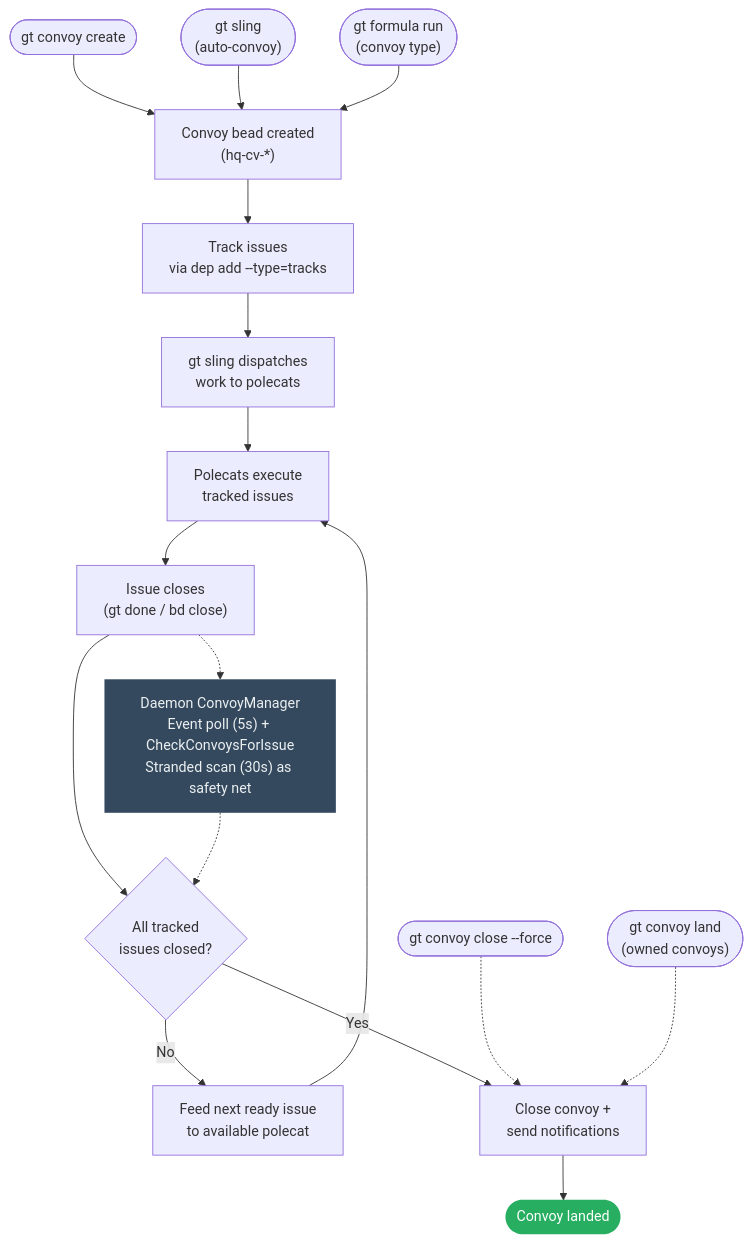
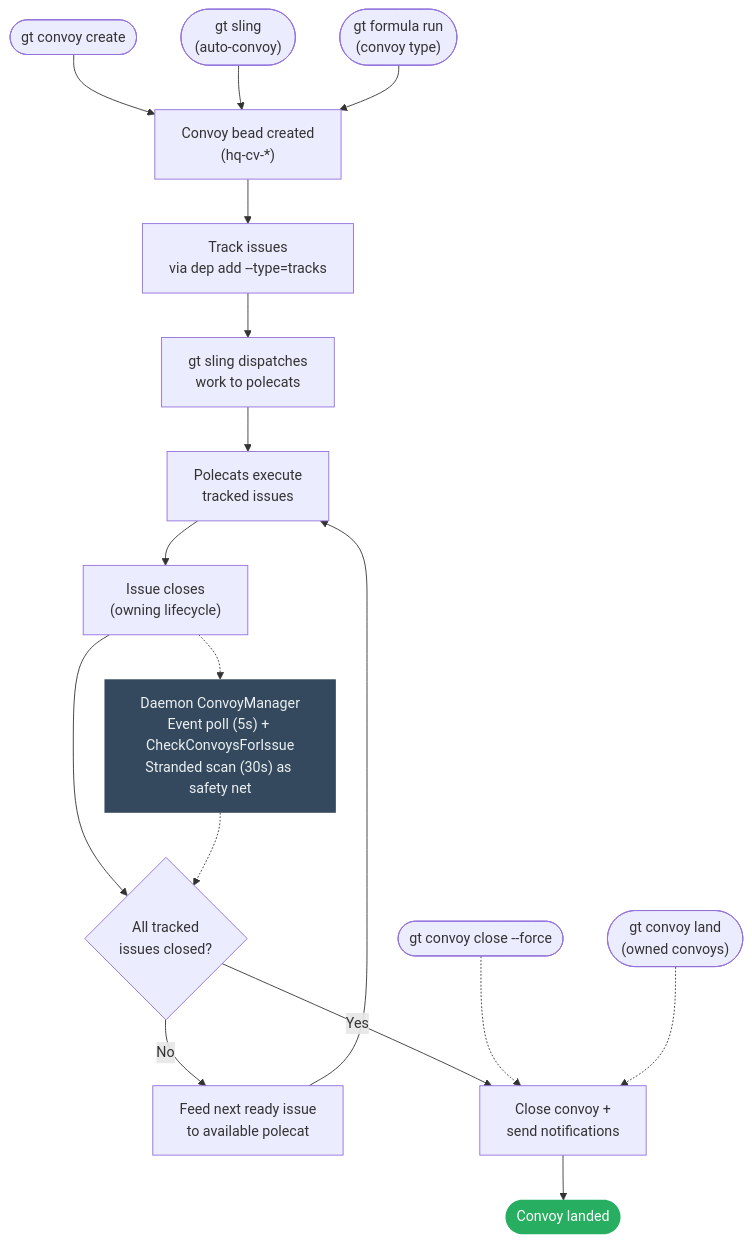
One commit to gastownhall/gastown changed the first of 2 diagrams in docs/design/convoy/convoy-lifecycle.md. Above: the diagram before and after it, drawn with Mermaid. The commit also changed other lines of this file and 8 other files, not shown here.

````diff
--- a/docs/design/convoy/convoy-lifecycle.md
+++ b/docs/design/convoy/convoy-lifecycle.md
@@ -7,43 +7,43 @@
 ```mermaid
 flowchart TB
     %% ---- Creation ----
     create_manual(["gt convoy create"])
     create_sling(["gt sling<br/>(auto-convoy)"])
     create_formula(["gt formula run<br/>(convoy type)"])
 
     create_manual --> convoy["Convoy bead created<br/>(hq-cv-*)"]
     create_sling --> convoy
     create_formula --> convoy
 
     convoy --> track["Track issues<br/>via dep add --type=tracks"]
 
     %% ---- Dispatch ----
     track --> dispatch["gt sling dispatches<br/>work to polecats"]
     dispatch --> working["Polecats execute<br/>tracked issues"]
 
     %% ---- Completion detection ----
-    working --> issue_close["Issue closes<br/>(gt done / bd close)"]
+    working --> issue_close["Issue closes<br/>(owning lifecycle)"]
 
     issue_close --> check{"All tracked<br/>issues closed?"}
 
     check -->|No| feed["Feed next ready issue<br/>to available polecat"]
     feed --> working
 
     check -->|Yes| close["Close convoy +<br/>send notifications"]
     close --> done(["Convoy landed"])
 
     %% ---- Daemon observer (event-driven + stranded scan) ----
     issue_close -.-> obs_daemon["Daemon ConvoyManager<br/>Event poll (5s) + CheckConvoysForIssue<br/>Stranded scan (30s) as safety net"]
 
     obs_daemon -.-> check
 
     %% ---- Manual overrides ----
     force_close(["gt convoy close --force"]) -.-> close
     land(["gt convoy land<br/>(owned convoys)"]) -.-> close
 
     classDef successNode fill:#27ae60,color:#fff,stroke:none
     classDef extNode fill:#34495e,color:#ecf0f1,stroke:none
 
     class done successNode
     class obs_daemon extNode
 ```
````
